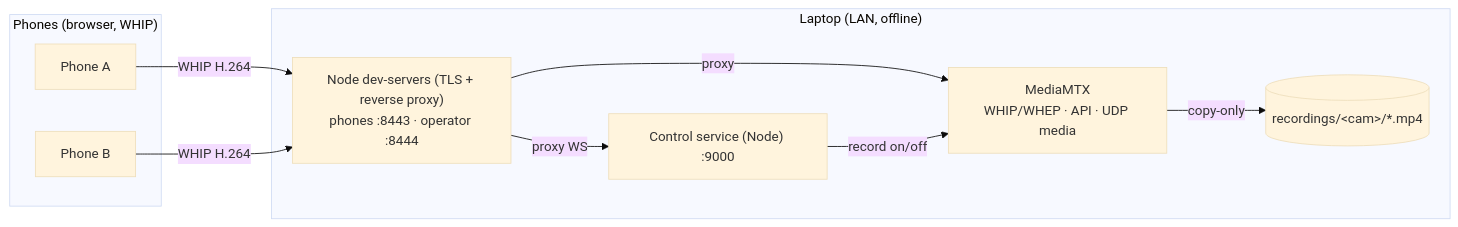
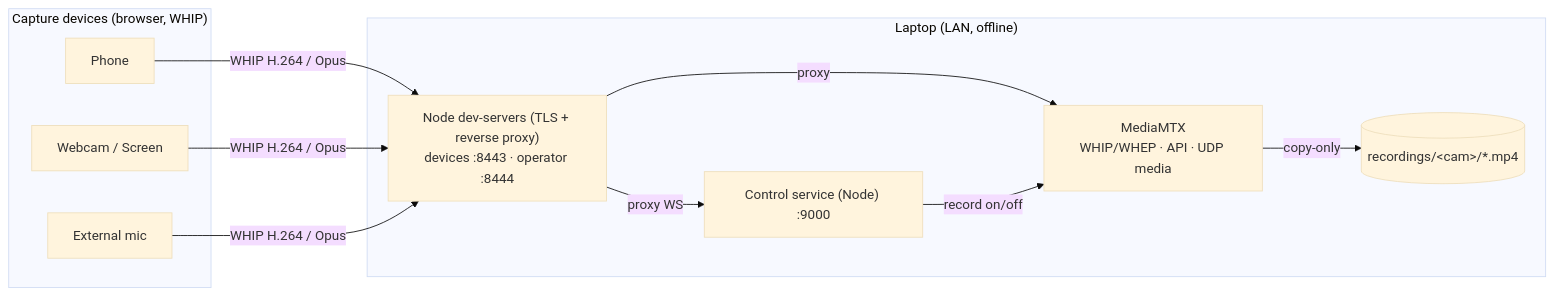
Before and after one commit to NicolaasGrobler/idle-stream: the diagram in README.md, drawn with Mermaid (base theme). The commit also changed other lines of this file and 21 other files, not shown here.

````diff
--- a/README.md
+++ b/README.md
@@ -21,18 +25,19 @@
 ```mermaid
 graph LR
-  subgraph Phones["Phones (browser, WHIP)"]
-    P1[Phone A]
-    P2[Phone B]
+  subgraph Devices["Capture devices (browser, WHIP)"]
+    P1[Phone]
+    P2[Webcam / Screen]
+    P3[External mic]
   end
   subgraph Laptop["Laptop (LAN, offline)"]
-    EDGE["Node dev-servers (TLS + reverse proxy)<br/>phones :8443 · operator :8444"]
+    EDGE["Node dev-servers (TLS + reverse proxy)<br/>devices :8443 · operator :8444"]
     CTRL["Control service (Node) :9000"]
     MMTX["MediaMTX<br/>WHIP/WHEP · API · UDP media"]
     DISK[("recordings/&lt;cam&gt;/*.mp4")]
   end
-  P1 & P2 -->|WHIP H.264| EDGE
+  P1 & P2 & P3 -->|WHIP H.264 / Opus| EDGE
   EDGE -->|proxy| MMTX
   EDGE -->|proxy WS| CTRL
   CTRL -->|record on/off| MMTX
   MMTX -->|copy-only| DISK
 ```
````
